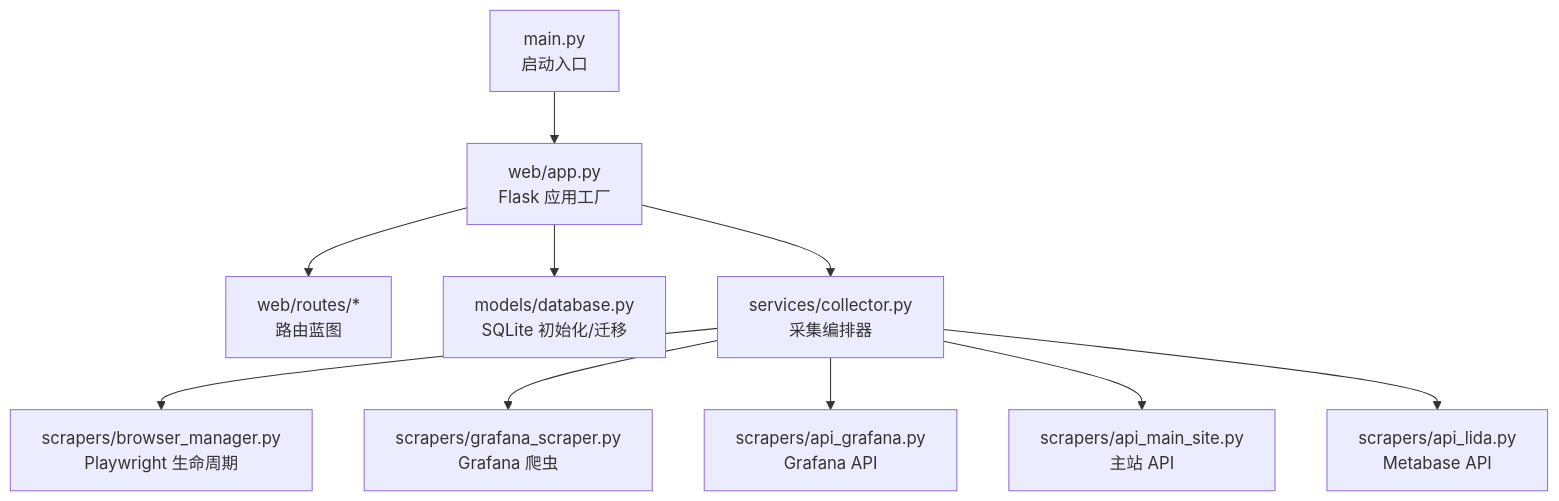
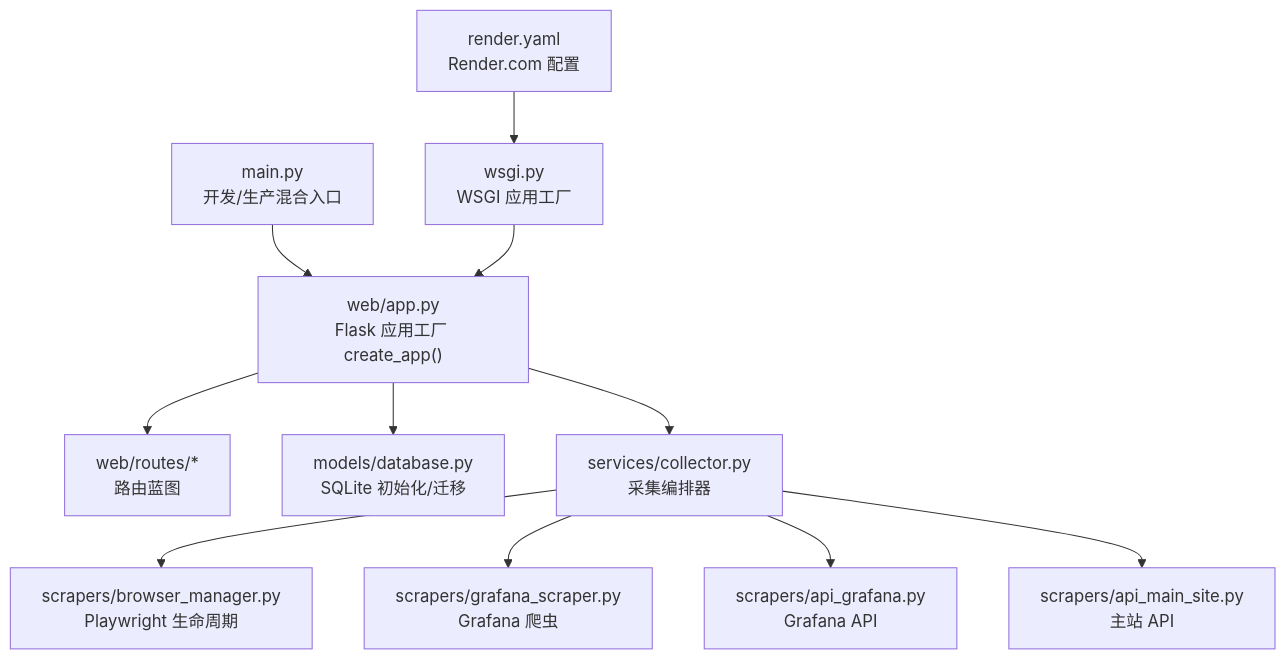
Before and after one commit to oreovan567-pixel/middle-platform-data-collector: the first of 4 diagrams in .qoder/repowiki/zh/content/部署运维/部署运维.md, drawn with Mermaid. The commit also changed other lines of this file and 11 other files, not shown here.

````diff
--- a/.qoder/repowiki/zh/content/部署运维/部署运维.md
+++ b/.qoder/repowiki/zh/content/部署运维/部署运维.md
@@ -50,12 +62,13 @@
 ```mermaid
 graph TB
-A["main.py<br/>启动入口"] --> B["web/app.py<br/>Flask 应用工厂"]
-B --> C["web/routes/*<br/>路由蓝图"]
-B --> D["models/database.py<br/>SQLite 初始化/迁移"]
-B --> E["services/collector.py<br/>采集编排器"]
-E --> F["scrapers/browser_manager.py<br/>Playwright 生命周期"]
-E --> G["scrapers/grafana_scraper.py<br/>Grafana 爬虫"]
-E --> H["scrapers/api_grafana.py<br/>Grafana API"]
-E --> I["scrapers/api_main_site.py<br/>主站 API"]
-E --> J["scrapers/api_lida.py<br/>Metabase API"]
+A["main.py<br/>开发/生产混合入口"] --> B["web/app.py<br/>Flask 应用工厂 create_app()"]
+C["wsgi.py<br/>WSGI 应用工厂"] --> B
+D["render.yaml<br/>Render.com 配置"] --> C
+B --> E["web/routes/*<br/>路由蓝图"]
+B --> F["models/database.py<br/>SQLite 初始化/迁移"]
+B --> G["services/collector.py<br/>采集编排器"]
+G --> H["scrapers/browser_manager.py<br/>Playwright 生命周期"]
+G --> I["scrapers/grafana_scraper.py<br/>Grafana 爬虫"]
+G --> J["scrapers/api_grafana.py<br/>Grafana API"]
+G --> K["scrapers/api_main_site.py<br/>主站 API"]
 ```
````
